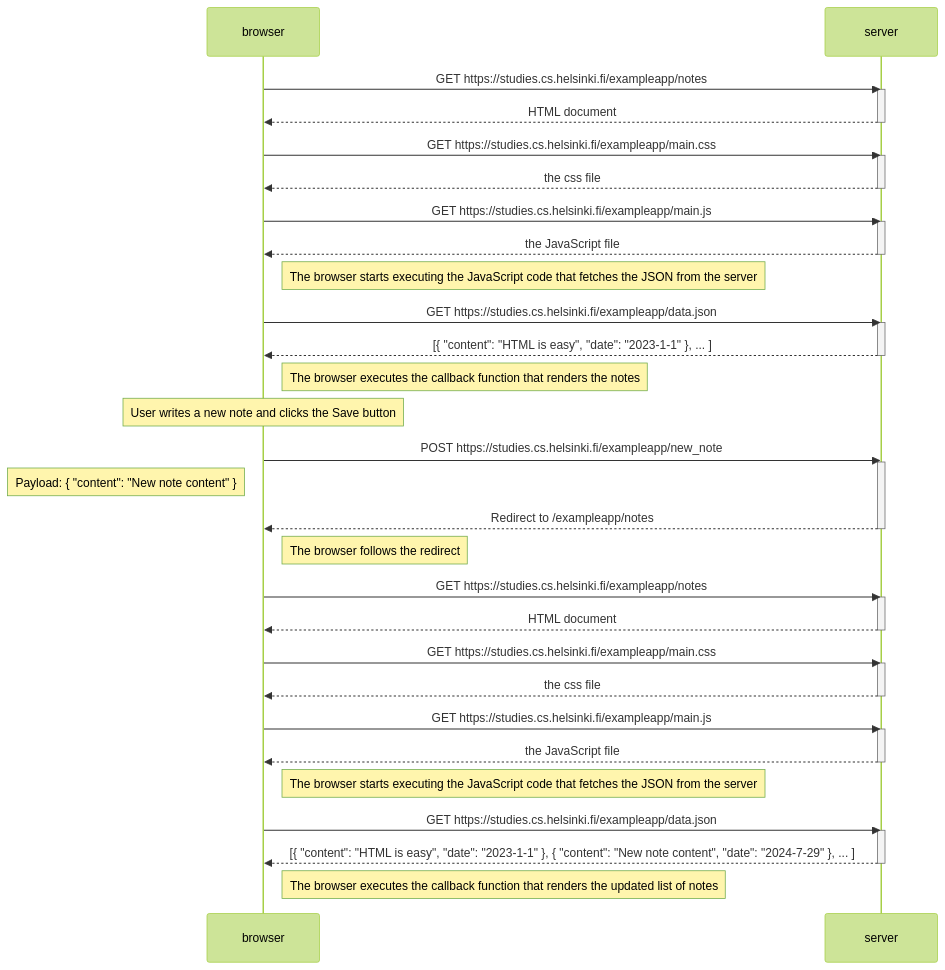
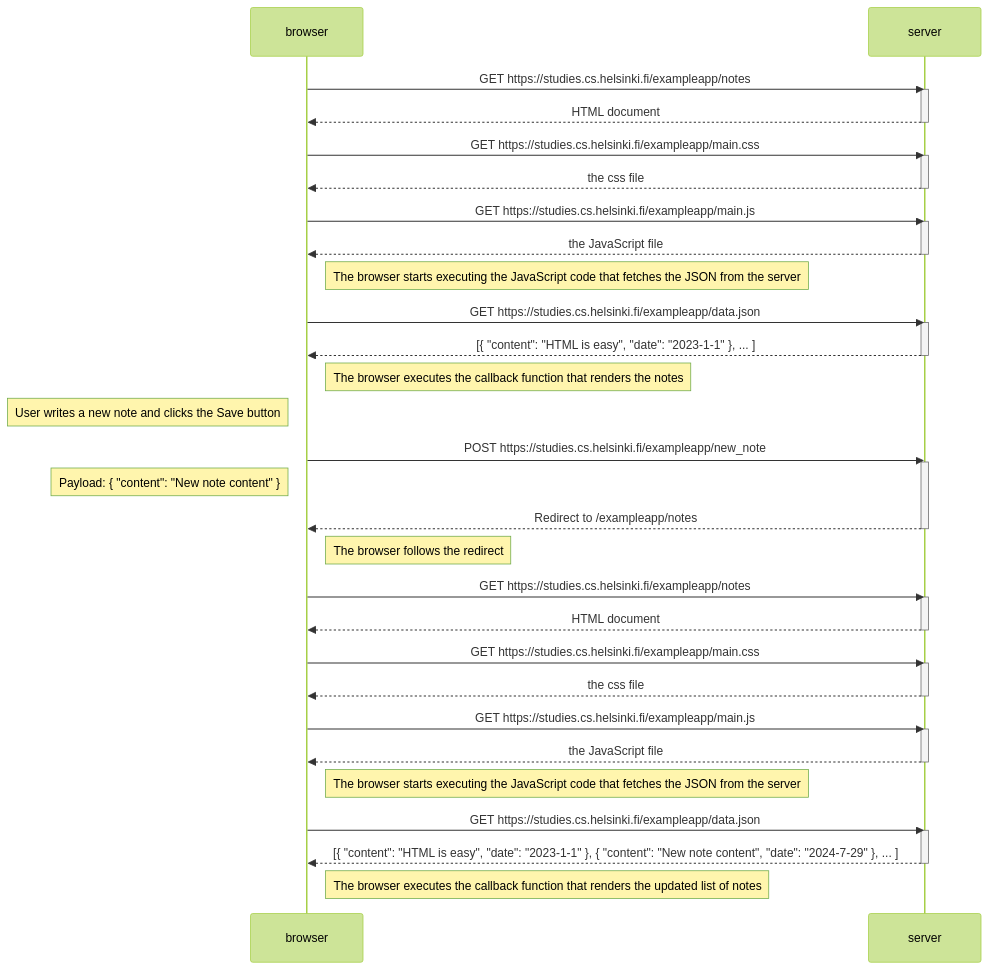
Before and after one commit to Eeppa12/Fullstackopen: the diagram in Part 0/04.mmd, drawn with Mermaid (forest theme).

```diff
--- a/Part 0/04.mmd
+++ b/Part 0/04.mmd
@@ -1,62 +1,62 @@
 
 sequenceDiagram
 participant browser
 participant server
 
 browser->>server: GET https://studies.cs.helsinki.fi/exampleapp/notes
 activate server
 server-->>browser: HTML document
 deactivate server
 
 browser->>server: GET https://studies.cs.helsinki.fi/exampleapp/main.css
 activate server
 server-->>browser: the css file
 deactivate server
 
 browser->>server: GET https://studies.cs.helsinki.fi/exampleapp/main.js
 activate server
 server-->>browser: the JavaScript file
 deactivate server
 
 Note right of browser: The browser starts executing the JavaScript code that fetches the JSON from the server
 
 browser->>server: GET https://studies.cs.helsinki.fi/exampleapp/data.json
 activate server
 server-->>browser: [{ "content": "HTML is easy", "date": "2023-1-1" }, ... ]
 deactivate server
 
 Note right of browser: The browser executes the callback function that renders the notes
 
-Note over browser: User writes a new note and clicks the Save button
+Note left of browser: User writes a new note and clicks the Save button
 
 browser->>server: POST https://studies.cs.helsinki.fi/exampleapp/new_note
 activate server
 Note left of browser: Payload: { "content": "New note content" }
 server-->>browser: Redirect to /exampleapp/notes
 deactivate server
 
 Note right of browser: The browser follows the redirect
 
 browser->>server: GET https://studies.cs.helsinki.fi/exampleapp/notes
 activate server
 server-->>browser: HTML document
 deactivate server
 
 browser->>server: GET https://studies.cs.helsinki.fi/exampleapp/main.css
 activate server
 server-->>browser: the css file
 deactivate server
 
 browser->>server: GET https://studies.cs.helsinki.fi/exampleapp/main.js
 activate server
 server-->>browser: the JavaScript file
 deactivate server
 
 Note right of browser: The browser starts executing the JavaScript code that fetches the JSON from the server
 
 browser->>server: GET https://studies.cs.helsinki.fi/exampleapp/data.json
 activate server
 server-->>browser: [{ "content": "HTML is easy", "date": "2023-1-1" }, { "content": "New note content", "date": "2024-7-29" }, ... ]
 deactivate server
 
 Note right of browser: The browser executes the callback function that renders the updated list of notes
```
